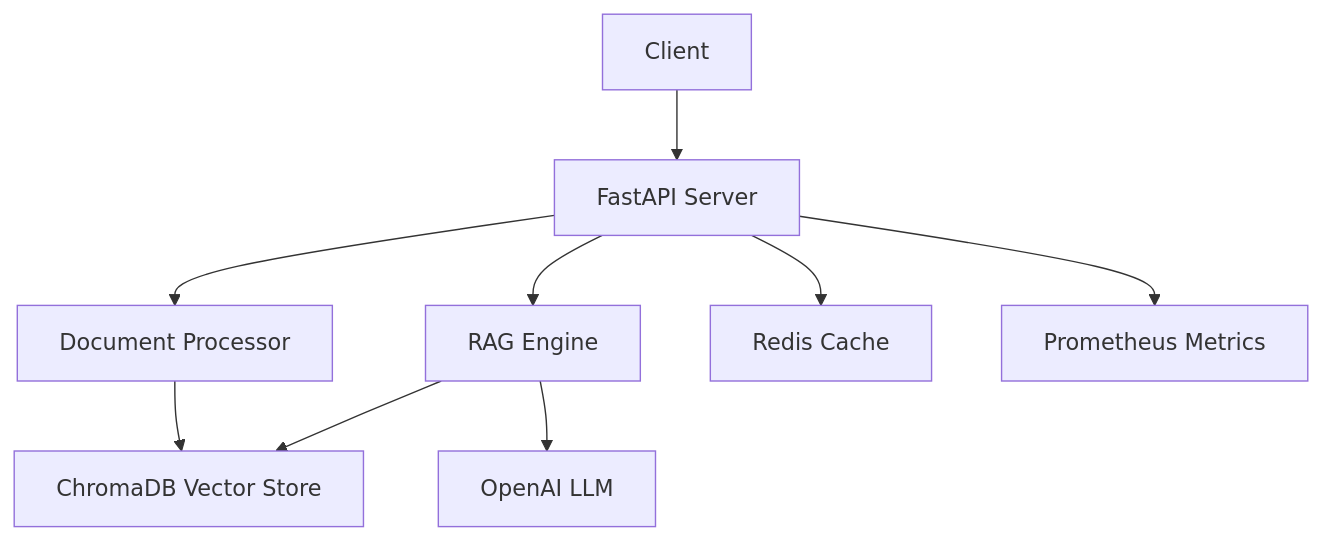
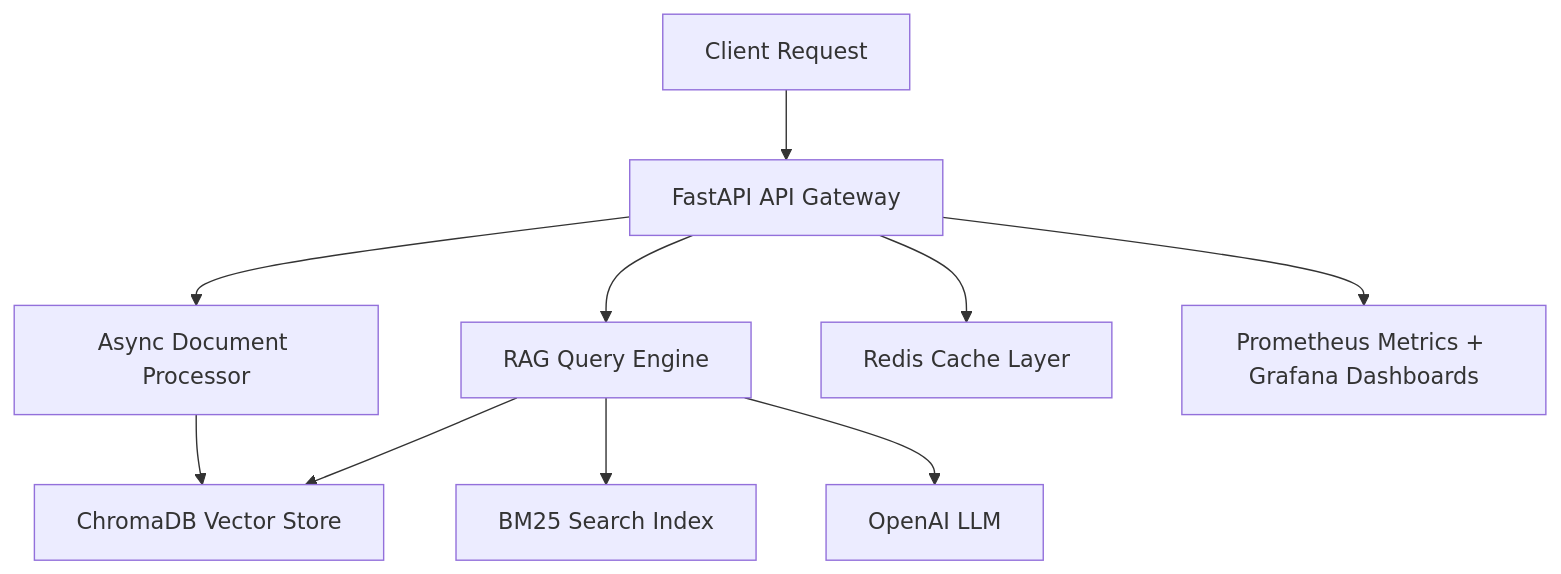
One commit to cbratkovics/document-intelligence-ai changed the diagram in README.md. Above: the diagram before and after it, drawn with Mermaid. The commit also changed other lines of this file, not shown here.

Commit message:
docs: revise README for clearer project description and impact metrics

````diff
--- a/README.md
+++ b/README.md
@@ -23,11 +29,12 @@
 ```mermaid
 graph TD
-    A[Client] --> B[FastAPI Server]
-    B --> C[Document Processor]
-    B --> D[RAG Engine]
+    A[Client Request] --> B[FastAPI API Gateway]
+    B --> C[Async Document Processor]
+    B --> D[RAG Query Engine]
     C --> E[ChromaDB Vector Store]
     D --> E
-    D --> F[OpenAI LLM]
-    B --> G[Redis Cache]
-    B --> H[Prometheus Metrics]
+    D --> F[BM25 Search Index]
+    D --> G[OpenAI LLM]
+    B --> H[Redis Cache Layer]
+    B --> I[Prometheus Metrics + Grafana Dashboards]
 ```
````
